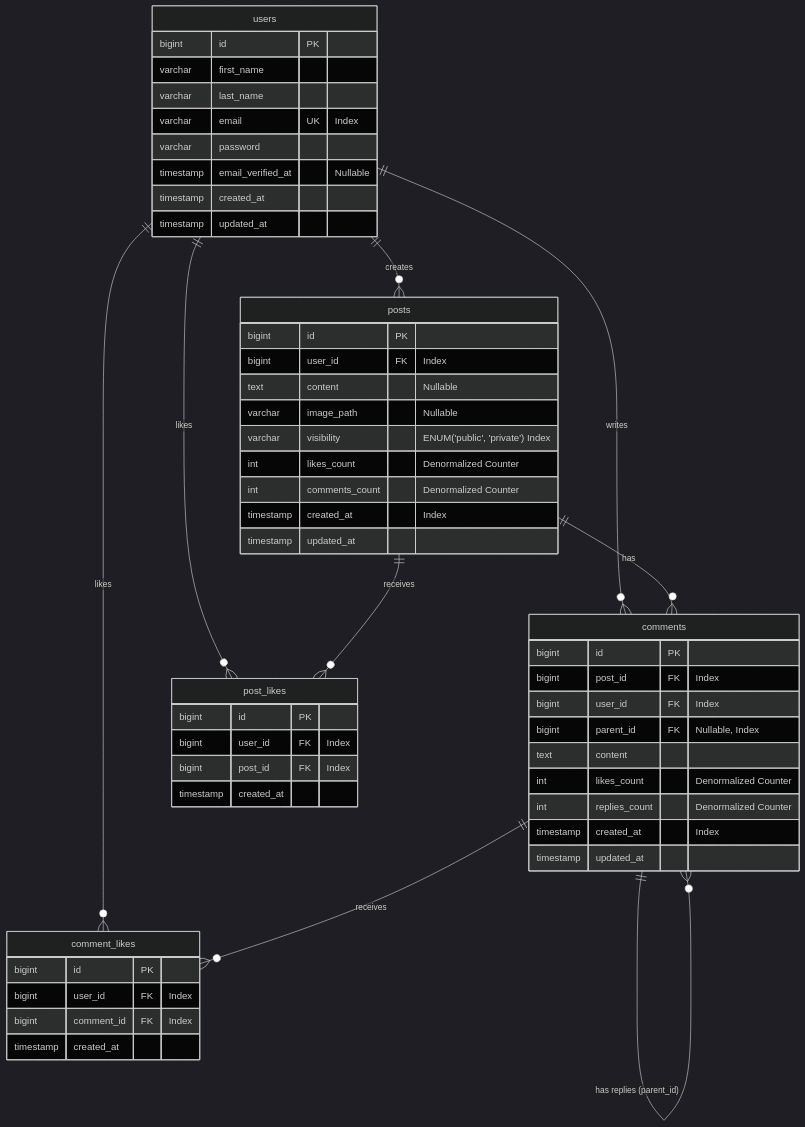
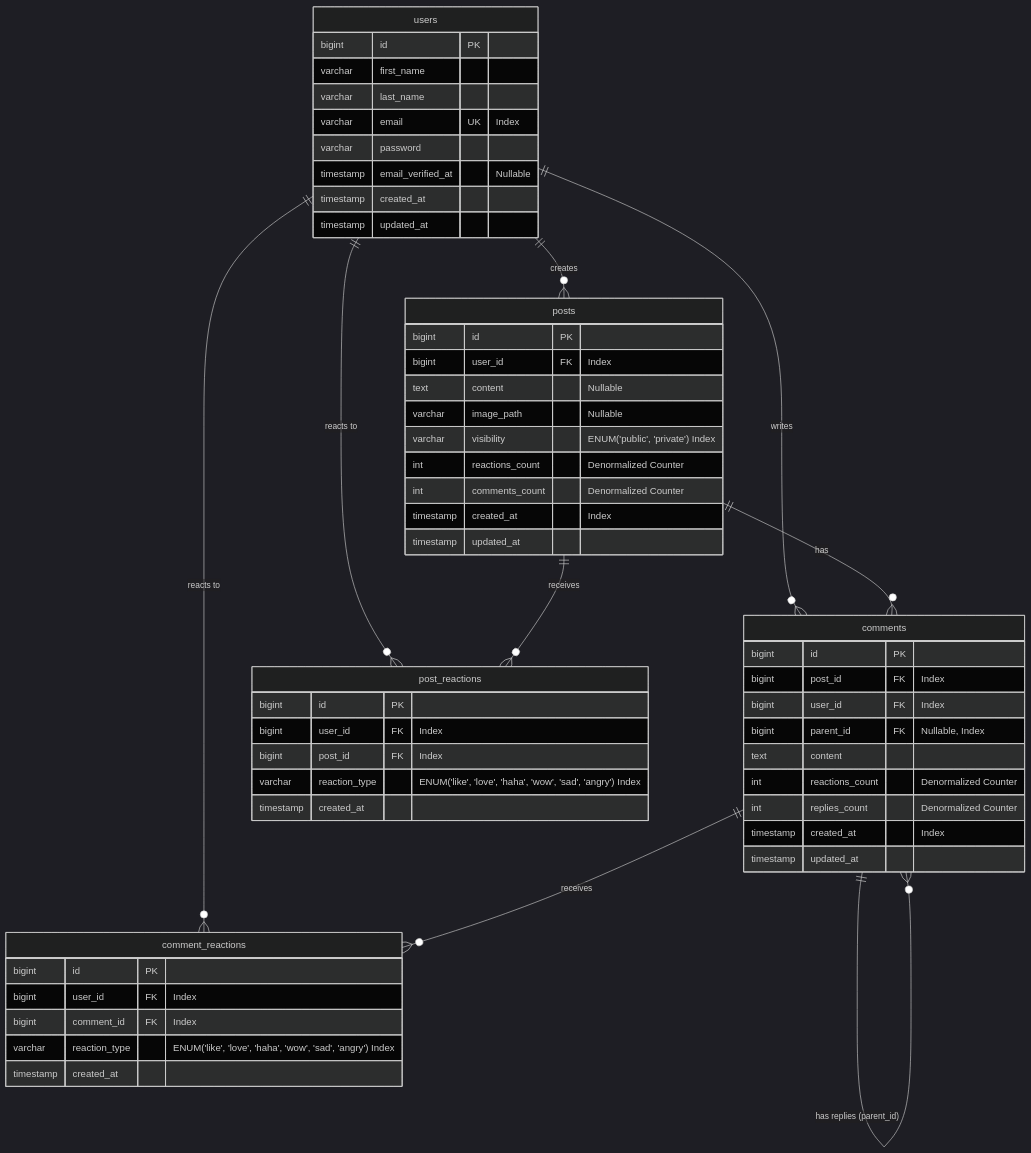
The diagram in docs/data_model_and_erd.md (masumbillah21/buddy-script-backend), drawn with Mermaid (dark theme) before and after one commit. The commit also changed other lines of this file and 2 other files, not shown here.

Commit message:
feat: replace like system with multi-type reactions and update documentation accordingly

````diff
--- a/docs/data_model_and_erd.md
+++ b/docs/data_model_and_erd.md
@@ -11,60 +11,62 @@
 ```mermaid
 erDiagram
     users ||--o{ posts : "creates"
     users ||--o{ comments : "writes"
-    users ||--o{ post_likes : "likes"
-    users ||--o{ comment_likes : "likes"
+    users ||--o{ post_reactions : "reacts to"
+    users ||--o{ comment_reactions : "reacts to"
     posts ||--o{ comments : "has"
-    posts ||--o{ post_likes : "receives"
+    posts ||--o{ post_reactions : "receives"
     comments ||--o{ comments : "has replies (parent_id)"
-    comments ||--o{ comment_likes : "receives"
+    comments ||--o{ comment_reactions : "receives"
 
     users {
         bigint id PK
         varchar first_name
         varchar last_name
         varchar email UK "Index"
         varchar password
         timestamp email_verified_at "Nullable"
         timestamp created_at
         timestamp updated_at
     }
 
     posts {
         bigint id PK
         bigint user_id FK "Index"
         text content "Nullable"
         varchar image_path "Nullable"
         varchar visibility "ENUM('public', 'private') Index"
-        int likes_count "Denormalized Counter"
+        int reactions_count "Denormalized Counter"
         int comments_count "Denormalized Counter"
         timestamp created_at "Index"
         timestamp updated_at
     }
 
     comments {
         bigint id PK
         bigint post_id FK "Index"
         bigint user_id FK "Index"
         bigint parent_id FK "Nullable, Index"
         text content
-        int likes_count "Denormalized Counter"
+        int reactions_count "Denormalized Counter"
         int replies_count "Denormalized Counter"
         timestamp created_at "Index"
         timestamp updated_at
     }
 
-    post_likes {
+    post_reactions {
         bigint id PK
         bigint user_id FK "Index"
         bigint post_id FK "Index"
+        varchar reaction_type "ENUM('like', 'love', 'haha', 'wow', 'sad', 'angry') Index"
         timestamp created_at
     }
 
-    comment_likes {
+    comment_reactions {
         bigint id PK
         bigint user_id FK "Index"
         bigint comment_id FK "Index"
+        varchar reaction_type "ENUM('like', 'love', 'haha', 'wow', 'sad', 'angry') Index"
         timestamp created_at
     }
 ```
````
